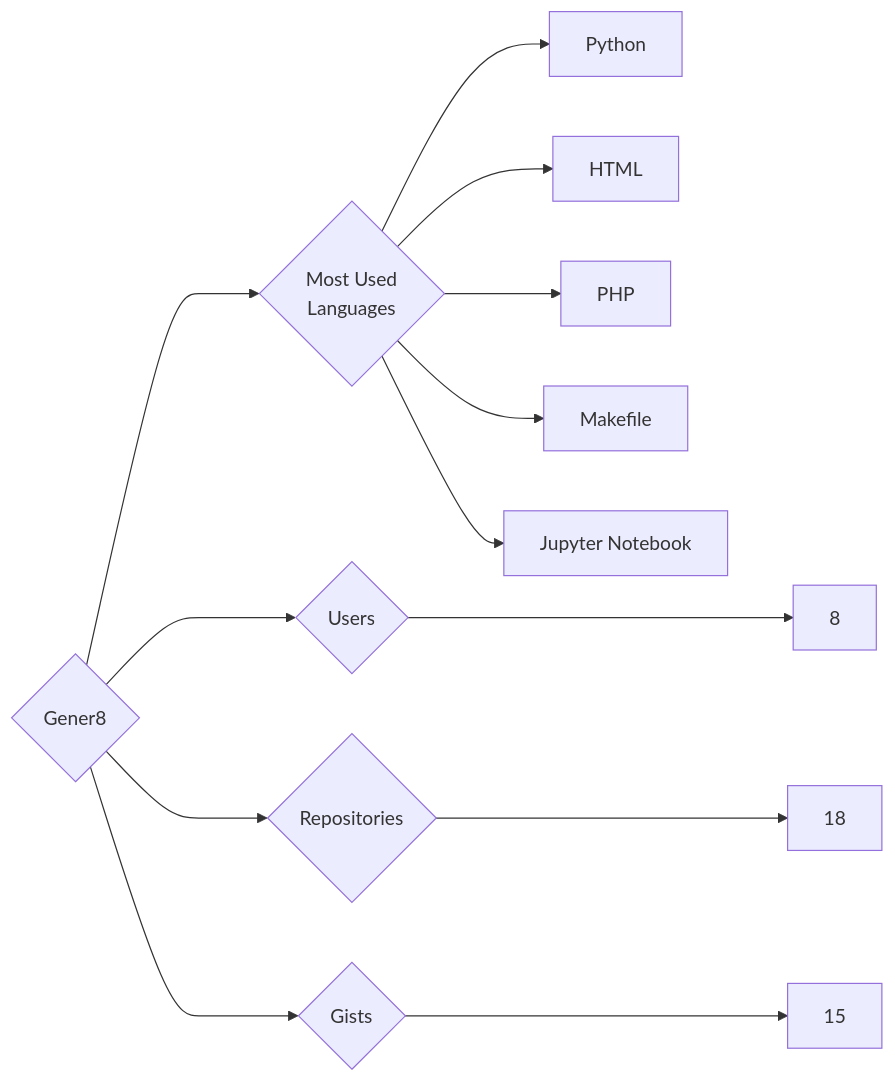
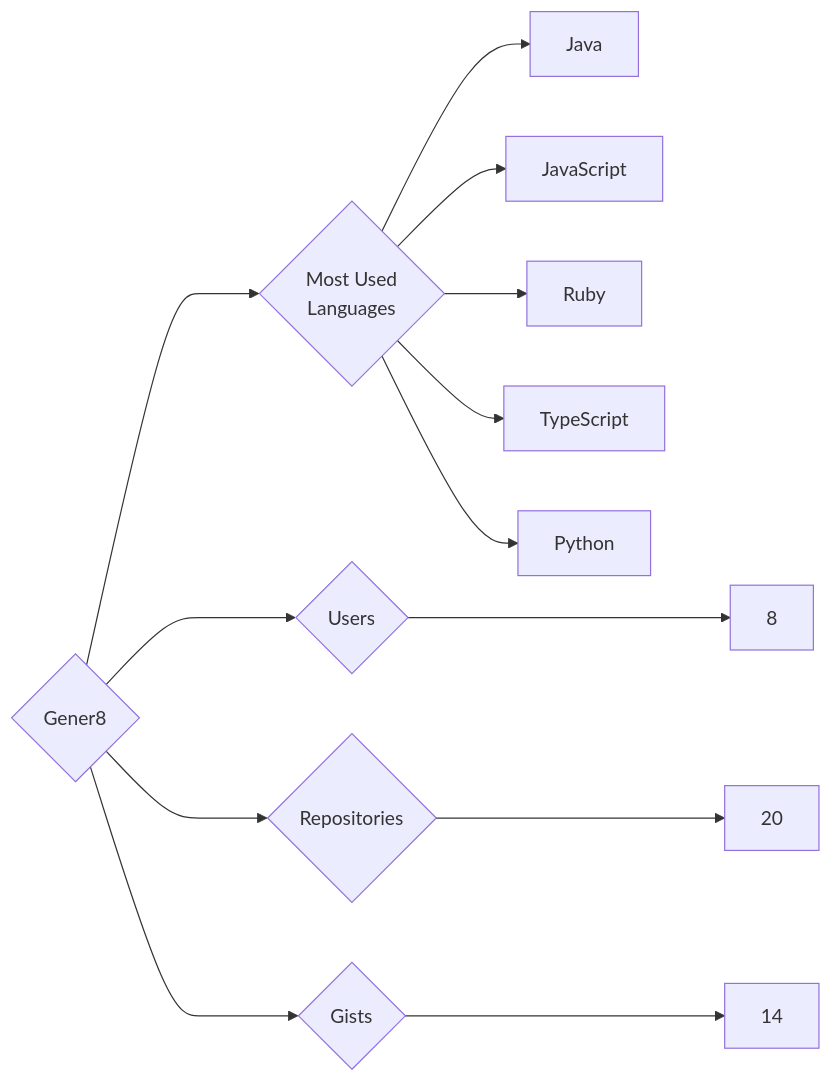
The diagram in targets/Gener8/README.md (trickest/insiders), drawn with Mermaid before and after one commit. The commit also changed 823 other files, not shown here.

````diff
--- a/targets/Gener8/README.md
+++ b/targets/Gener8/README.md
@@ -3,13 +3,13 @@
 ```mermaid
 graph LR
 COMPANY_NAME{Gener8}
 COMPANY_NAME ---> U{Users} ---> UN[8]
-COMPANY_NAME ---> R{Repositories} ---> RN[18]
-COMPANY_NAME ---> G{Gists} ---> GN[15]
+COMPANY_NAME ---> R{Repositories} ---> RN[20]
+COMPANY_NAME ---> G{Gists} ---> GN[14]
 COMPANY_NAME ---> ML{Most Used<br>Languages}
+ML --> Java[Java]
+ML --> JavaScript[JavaScript]
+ML --> Ruby[Ruby]
+ML --> TypeScript[TypeScript]
 ML --> Python[Python]
-ML --> HTML[HTML]
-ML --> PHP[PHP]
-ML --> Makefile[Makefile]
-ML --> Jupyter_Notebook[Jupyter Notebook]
 ```
````
